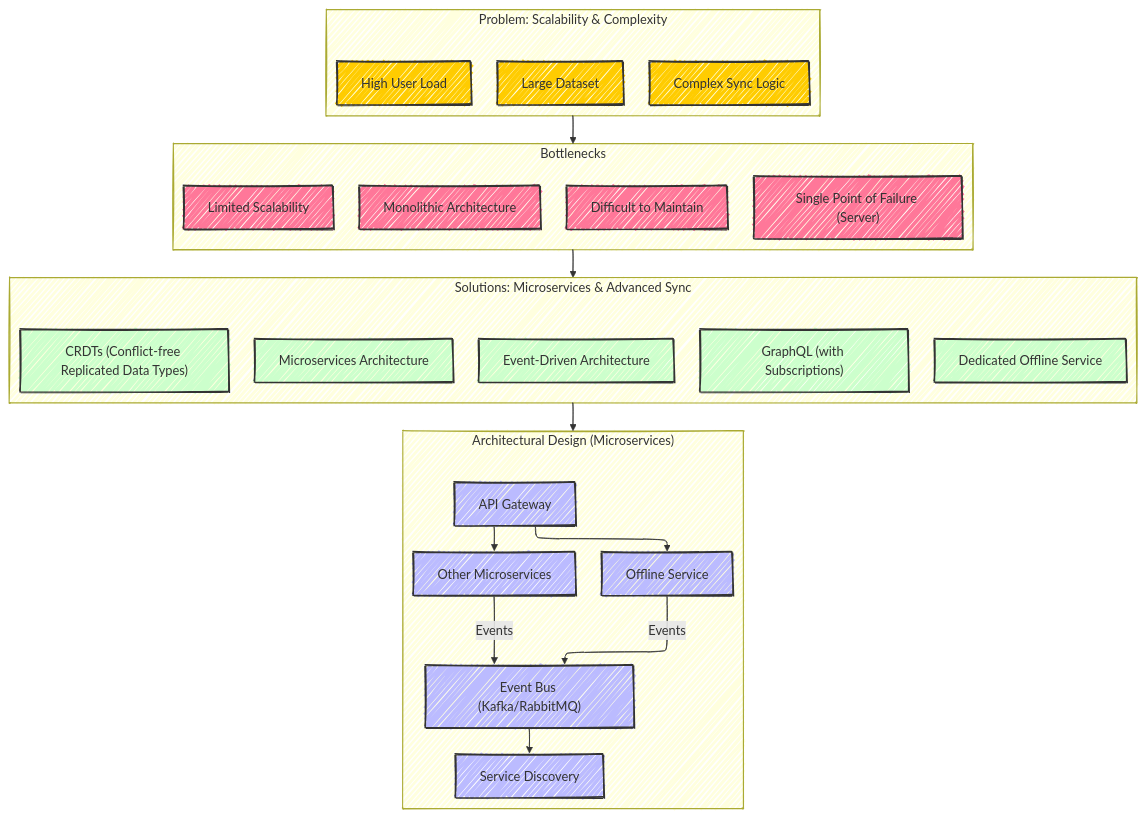
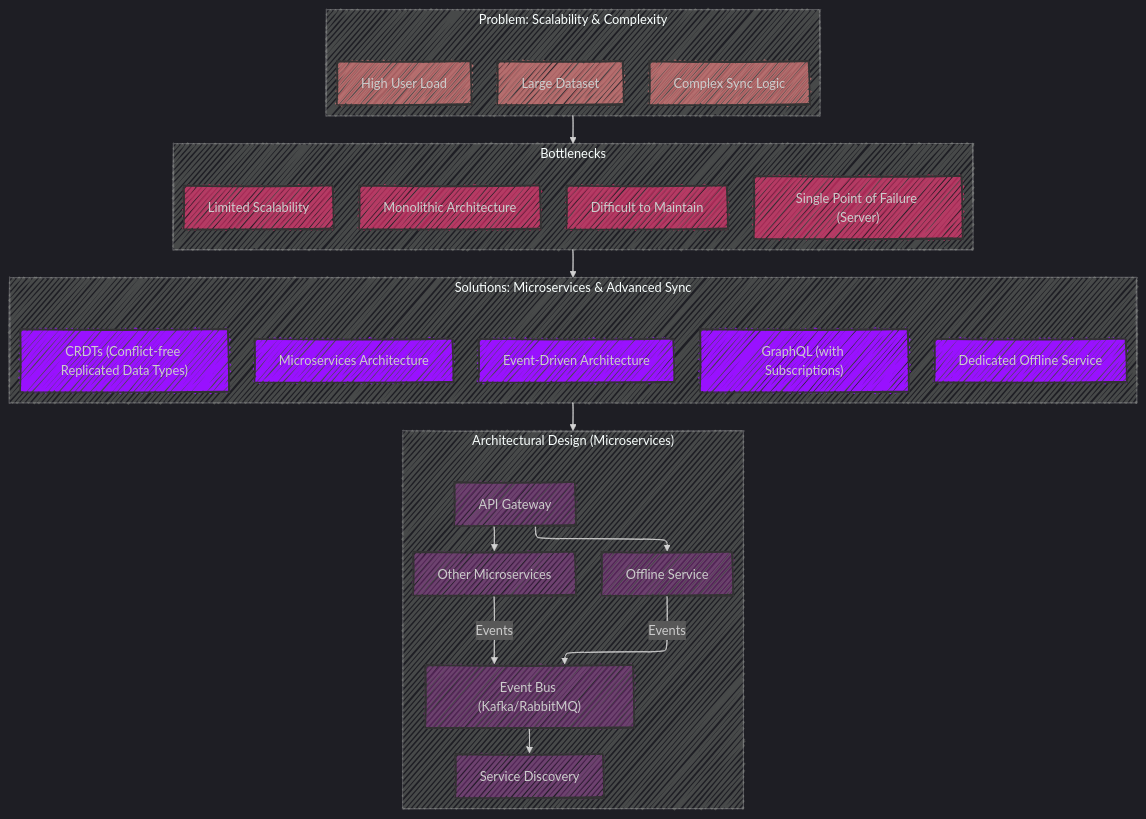
The fourth of 5 diagrams in Offline_Mobile_App_Architecture /Offline_App_Architecture_Evolution.md (CongLeSolutionX/iOS-development-vault), drawn with Mermaid before and after one commit. The commit also changed other lines of this file, not shown here.

Commit message:
update theme and styles

````diff
--- a/Offline_Mobile_App_Architecture /Offline_App_Architecture_Evolution.md
+++ b/Offline_Mobile_App_Architecture /Offline_App_Architecture_Evolution.md
@@ -241,66 +241,66 @@
 ```mermaid
 ---
 config:
   layout: elk
   look: handDrawn
-  theme: default
+  theme: dark
 ---
 flowchart TD
     subgraph Problem["Problem: Scalability & Complexity"]
         A[Large Dataset];
         B[Complex Sync Logic];
         C[High User Load];
-      style A fill:#ffcc00,stroke:#333,stroke-width:2px
-        style B fill:#ffcc00,stroke:#333,stroke-width:2px
-        style C fill:#ffcc00,stroke:#333,stroke-width:2px
+      style A fill:#f889,stroke:#333,stroke-width:2px
+        style B fill:#f889,stroke:#333,stroke-width:2px
+        style C fill:#f889,stroke:#333,stroke-width:2px
     end
 
     subgraph Bottlenecks["Bottlenecks"]
         D[Monolithic Architecture];
         E[Difficult to Maintain];
         F[Limited Scalability];
         G["Single Point of Failure (Server)"];
-        style D fill:#f79,stroke:#333,stroke-width:2px
-        style E fill:#f79,stroke:#333,stroke-width:2px
-        style F fill:#f79,stroke:#333,stroke-width:2px
-        style G fill:#f79,stroke:#333,stroke-width:2px
+        style D fill:#f379,stroke:#333,stroke-width:2px
+        style E fill:#f379,stroke:#333,stroke-width:2px
+        style F fill:#f379,stroke:#333,stroke-width:2px
+        style G fill:#f379,stroke:#333,stroke-width:2px
     end
 
     subgraph Solutions["Solutions: Microservices & Advanced Sync"]
         H[Microservices Architecture];
         I[Event-Driven Architecture];
         J["CRDTs (Conflict-free Replicated Data Types)"];
         K["GraphQL (with Subscriptions)"];
         L[Dedicated Offline Service];
-        style H fill:#ccffcc,stroke:#333,stroke-width:2px
-        style I fill:#ccffcc,stroke:#333,stroke-width:2px
-        style J fill:#ccffcc,stroke:#333,stroke-width:2px
-        style K fill:#ccffcc,stroke:#333,stroke-width:2px
-        style L fill:#ccffcc,stroke:#333,stroke-width:2px
+        style H fill:#91ff,stroke:#333,stroke-width:2px
+        style I fill:#91ff,stroke:#333,stroke-width:2px
+        style J fill:#91ff,stroke:#333,stroke-width:2px
+        style K fill:#91ff,stroke:#333,stroke-width:2px
+        style L fill:#91ff,stroke:#333,stroke-width:2px
     end
 
     subgraph New_Architectural_Design["Architectural Design (Microservices)"]
         M[API Gateway];
         N[Offline Service];
         O[Other Microservices];
         P["Event Bus (Kafka/RabbitMQ)"];
         Q[Service Discovery];
 
         M --> N;
         M --> O;
         N --"Events"--> P;
         O --"Events"--> P;
         P --> Q;
 
-        style M fill:#bbf,stroke:#333,stroke-width:2px
-        style N fill:#bbf,stroke:#333,stroke-width:2px
-        style O fill:#bbf,stroke:#333,stroke-width:2px
-        style P fill:#bbf,stroke:#333,stroke-width:2px
-        style Q fill:#bbf,stroke:#333,stroke-width:2px
+        style M fill:#b3b5,stroke:#333,stroke-width:2px
+        style N fill:#b3b5,stroke:#333,stroke-width:2px
+        style O fill:#b3b5,stroke:#333,stroke-width:2px
+        style P fill:#b3b5,stroke:#333,stroke-width:2px
+        style Q fill:#b3b5,stroke:#333,stroke-width:2px
     end
 
     Problem --> Bottlenecks;
     Bottlenecks --> Solutions;
     Solutions --> New_Architectural_Design;
 
 ```
````
